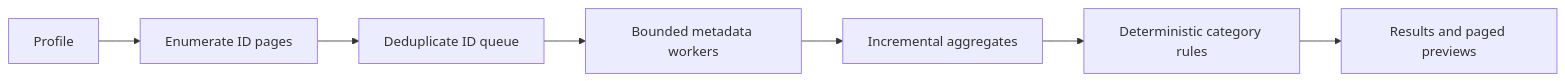
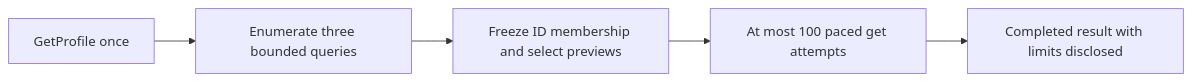
The diagram in docs/mailbox-scanner-design.md (ThomasWould/MailSweep), drawn with Mermaid before and after one commit. The commit also changed other lines of this file and 15 other files, not shown here.

````diff
--- a/docs/mailbox-scanner-design.md
+++ b/docs/mailbox-scanner-design.md
@@ -15,9 +39,7 @@
 ```mermaid
 flowchart LR
-    A[Profile] --> B[Enumerate ID pages]
-    B --> C[Deduplicate ID queue]
-    C --> D[Bounded metadata workers]
-    D --> E[Incremental aggregates]
-    E --> F[Deterministic category rules]
-    F --> G[Results and paged previews]
+    A[GetProfile once] --> B[Enumerate three bounded queries]
+    B --> C[Freeze ID membership and select previews]
+    C --> D[At most 100 paced get attempts]
+    D --> E[Completed result with limits disclosed]
 ```
````
